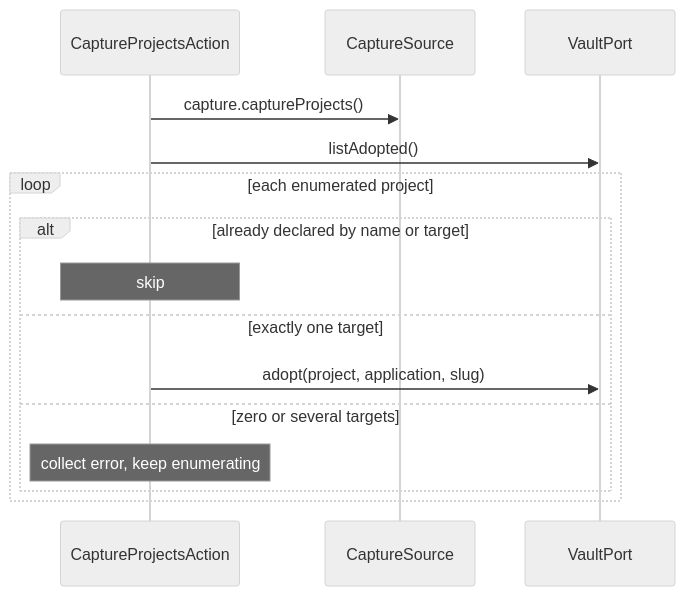
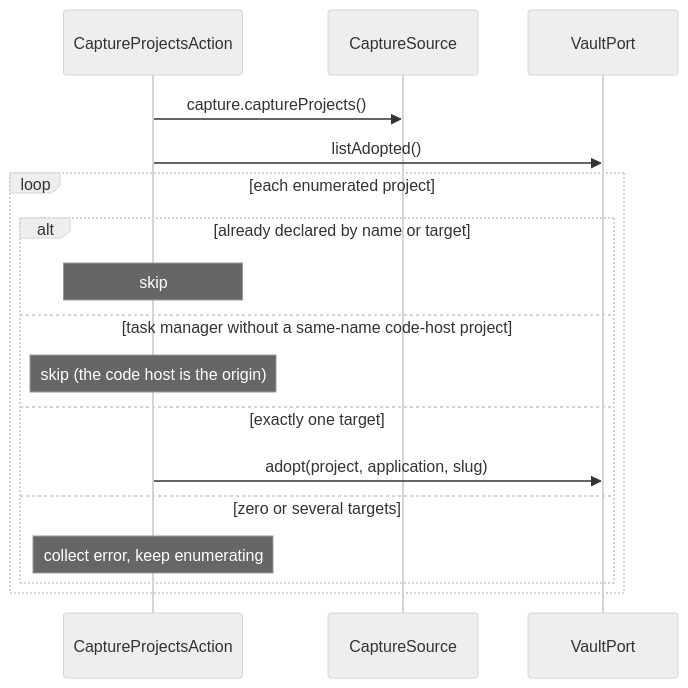
The seventh of 17 diagrams in docs/developer-manual.md (99linesofcode/obsidian-project-management), drawn with Mermaid (neutral theme) before and after one commit. The commit also changed other lines of this file and 1 other file, not shown here.

First line of the commit message:
docs(capture): the project gate and the captured kind

````diff
--- a/docs/developer-manual.md
+++ b/docs/developer-manual.md
@@ -420,18 +426,20 @@
 ```mermaid
 sequenceDiagram
   participant C as CaptureProjectsAction
   participant S as CaptureSource
   participant V as VaultPort
 
   C->>S: capture.captureProjects()
   C->>V: listAdopted()
   loop each enumerated project
     alt already declared by name or target
       Note over C: skip
+    else task manager without a same-name code-host project
+      Note over C: skip (the code host is the origin)
     else exactly one target
       C->>V: adopt(project, application, slug)
     else zero or several targets
       Note over C: collect error, keep enumerating
     end
   end
 ```
````
